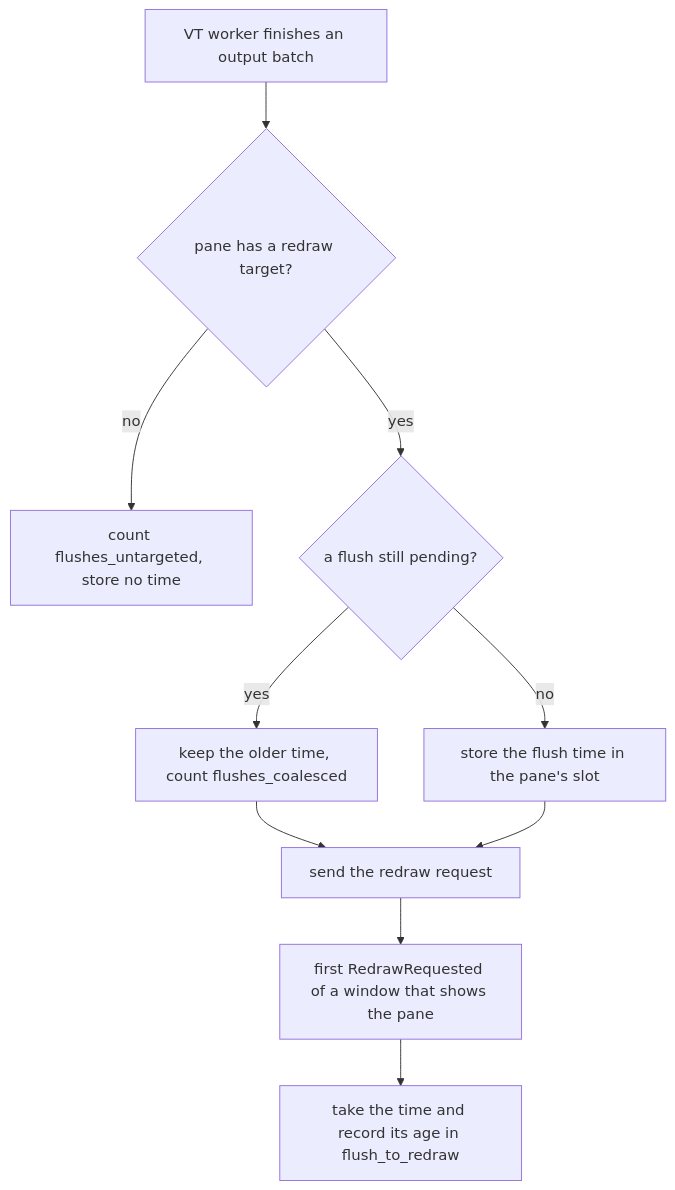
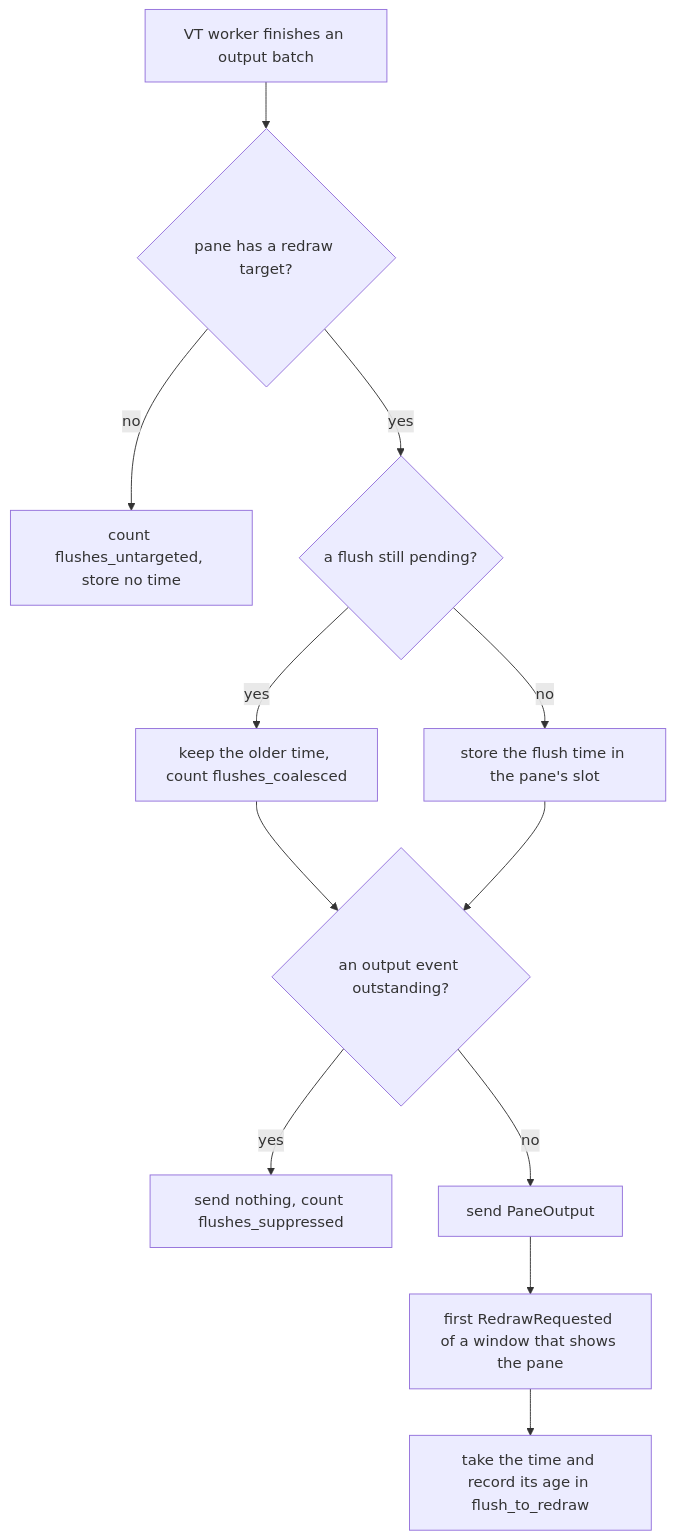
Before and after one commit to D0n9X1n/SonicTerm: the diagram in wiki/Logging.md, drawn with Mermaid. The commit also changed other lines of this file and 33 other files, not shown here.

First line of the commit message:
perf: stop background-tab output from driving frame passes and keep one output event per pane (#1580)

````diff
--- a/wiki/Logging.md
+++ b/wiki/Logging.md
@@ -529,12 +533,14 @@
 ```mermaid
 flowchart TD
     batch["VT worker finishes an output batch"] --> target{"pane has a redraw target?"}
     target -- no --> untargeted["count flushes_untargeted, store no time"]
     target -- yes --> pending{"a flush still pending?"}
     pending -- yes --> coalesced["keep the older time, count flushes_coalesced"]
     pending -- no --> store["store the flush time in the pane's slot"]
-    coalesced --> send["send the redraw request"]
-    store --> send
+    coalesced --> token{"an output event outstanding?"}
+    store --> token
+    token -- yes --> suppressed["send nothing, count flushes_suppressed"]
+    token -- no --> send["send PaneOutput"]
     send --> redraw["first RedrawRequested of a window that shows the pane"]
     redraw --> take["take the time and record its age in flush_to_redraw"]
 ```
````
